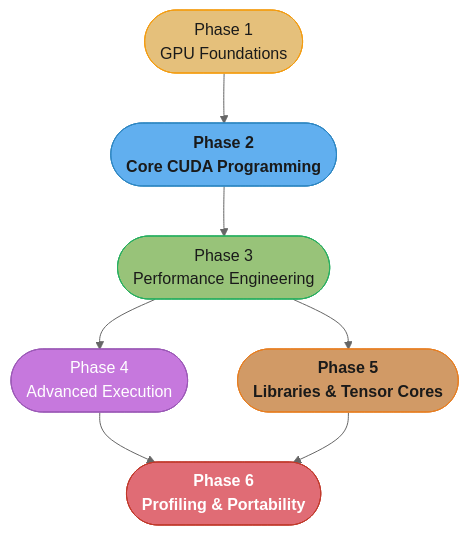
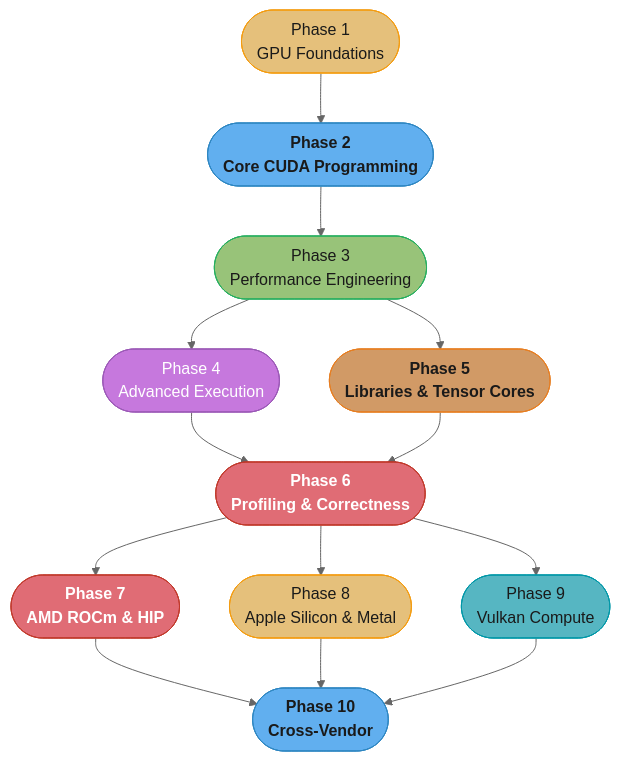
One commit to rppol/system-design changed the first of 2 diagrams in src/main/java/com/rutik/systemdesign/cuda/README.md. Above: the diagram before and after it, drawn with Mermaid (neutral theme). The commit also changed other lines of this file and 36 other files, not shown here.

First line of the commit message:
feat(cuda): GPGPU Programming - add AMD ROCm, Apple Metal and Vulkan compute

````diff
--- a/src/main/java/com/rutik/systemdesign/cuda/README.md
+++ b/src/main/java/com/rutik/systemdesign/cuda/README.md
@@ -85,30 +103,44 @@
 ```mermaid
 flowchart TB
     classDef io      fill:#61afef,stroke:#2e86c1,color:#1a1a1a,font-weight:bold
     classDef frozen  fill:#c678dd,stroke:#9b59b6,color:#fff
     classDef train   fill:#98c379,stroke:#27ae60,color:#1a1a1a
     classDef mathOp  fill:#d19a66,stroke:#e67e22,color:#1a1a1a,font-weight:bold
     classDef lossN   fill:#e06c75,stroke:#c0392b,color:#fff,font-weight:bold
     classDef req     fill:#56b6c2,stroke:#0097a7,color:#1a1a1a
     classDef base    fill:#e5c07b,stroke:#f39c12,color:#1a1a1a
 
     P1(["Phase 1<br/>GPU Foundations"])
     P2(["Phase 2<br/>Core CUDA Programming"])
     P3(["Phase 3<br/>Performance Engineering"])
     P4(["Phase 4<br/>Advanced Execution"])
     P5(["Phase 5<br/>Libraries & Tensor Cores"])
-    P6(["Phase 6<br/>Profiling & Portability"])
+    P6(["Phase 6<br/>Profiling & Correctness"])
+    P7(["Phase 7<br/>AMD ROCm & HIP"])
+    P8(["Phase 8<br/>Apple Silicon & Metal"])
+    P9(["Phase 9<br/>Vulkan Compute"])
+    P10(["Phase 10<br/>Cross-Vendor"])
 
     P1 --> P2 --> P3
     P3 --> P4
     P3 --> P5
     P4 --> P6
     P5 --> P6
+    P6 --> P7
+    P6 --> P8
+    P6 --> P9
+    P7 --> P10
+    P8 --> P10
+    P9 --> P10
 
     class P1 base
     class P2 io
     class P3 train
     class P4 frozen
     class P5 mathOp
     class P6 lossN
+    class P7 lossN
+    class P8 base
+    class P9 req
+    class P10 io
 ```
````
